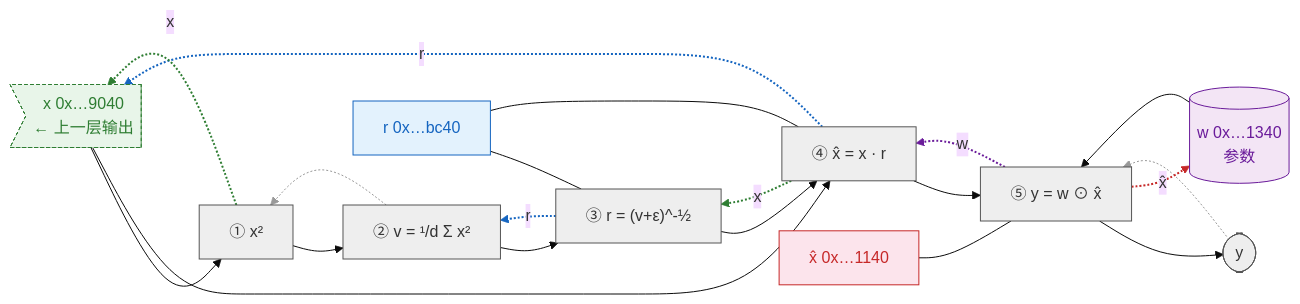
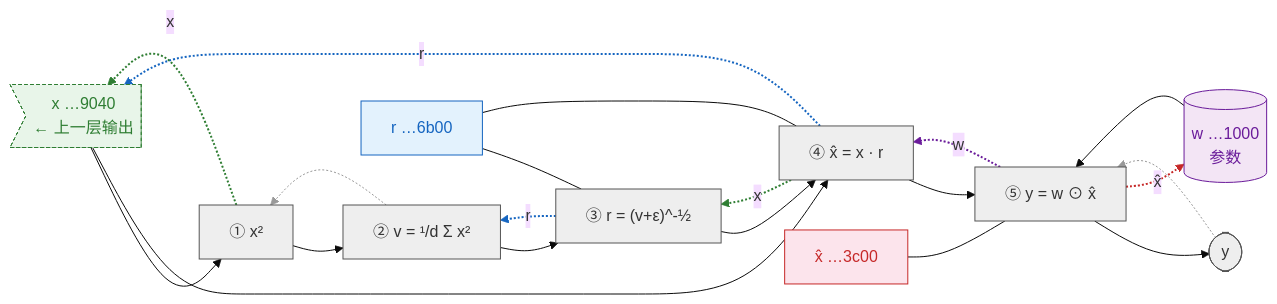
Before and after one commit to noviorlu/cs336: the first of 6 diagrams in hw2/notes/blog.md, drawn with Mermaid (base theme). The commit also changed other lines of this file and 1 other file, not shown here.

Commit message:
docs(blog): §3.1 贴 notebook 原始 pack/unpack 输出并对齐图中 ptr；§3 四级标题改为 §2 同款 (a)(b)；§1.3 说明 /token 与 /step

````diff
--- a/hw2/notes/blog.md
+++ b/hw2/notes/blog.md
@@ -339,47 +351,47 @@
 ```mermaid
 flowchart LR
     classDef param fill:#f3e5f5,stroke:#6a1b9a,color:#6a1b9a
     classDef act fill:#e8f5e9,stroke:#2e7d32,color:#2e7d32,stroke-dasharray:3 3
     classDef op fill:#eeeeee,stroke:#555
     classDef rR fill:#e3f2fd,stroke:#1565c0,color:#1565c0
     classDef rXh fill:#fce4ec,stroke:#c62828,color:#c62828
 
-    x>"x  0x…9040
+    x>"x  …9040
 ← 上一层输出"]:::act
-    w[("w  0x…1340
+    w[("w  …1000
 参数")]:::param
     P["① x²"]:::op
     M["② v = ¹/d Σ x²"]:::op
     R["③ r = (v+ε)^-½"]:::op
     M1["④ x̂ = x · r"]:::op
     M2["⑤ y = w ⊙ x̂"]:::op
     y(["y"]):::op
 
     %% 0-7 前向
     x --> P --> M --> R --> M1
     x --> M1 --> M2
     w --> M2 --> y
 
     %% 8-10 pack（只画前向新产生的 tensor）
-    SR["r  0x…bc40"]:::rR
-    SXh["x̂  0x…1140"]:::rXh
+    SR["r  …6b00"]:::rR
+    SXh["x̂  …3c00"]:::rXh
     SR --- R
     SR --- M1
     SXh --- M2
 
     %% 11-18 反向 unpack
     y -.-> M2
     M2 -. "w" .-> M1
     M2 -. "x̂" .-> w
     M1 -. "r" .-> x
     M1 -. "x" .-> R
     R -. "r" .-> M
     M -.-> P
     P -. "x" .-> x
 
     linkStyle 11,17 stroke:#999
     linkStyle 12 stroke:#6a1b9a,stroke-width:2px
     linkStyle 13 stroke:#c62828,stroke-width:2px
     linkStyle 14,16 stroke:#1565c0,stroke-width:2px
     linkStyle 15,18 stroke:#2e7d32,stroke-width:2px
 ```
````
